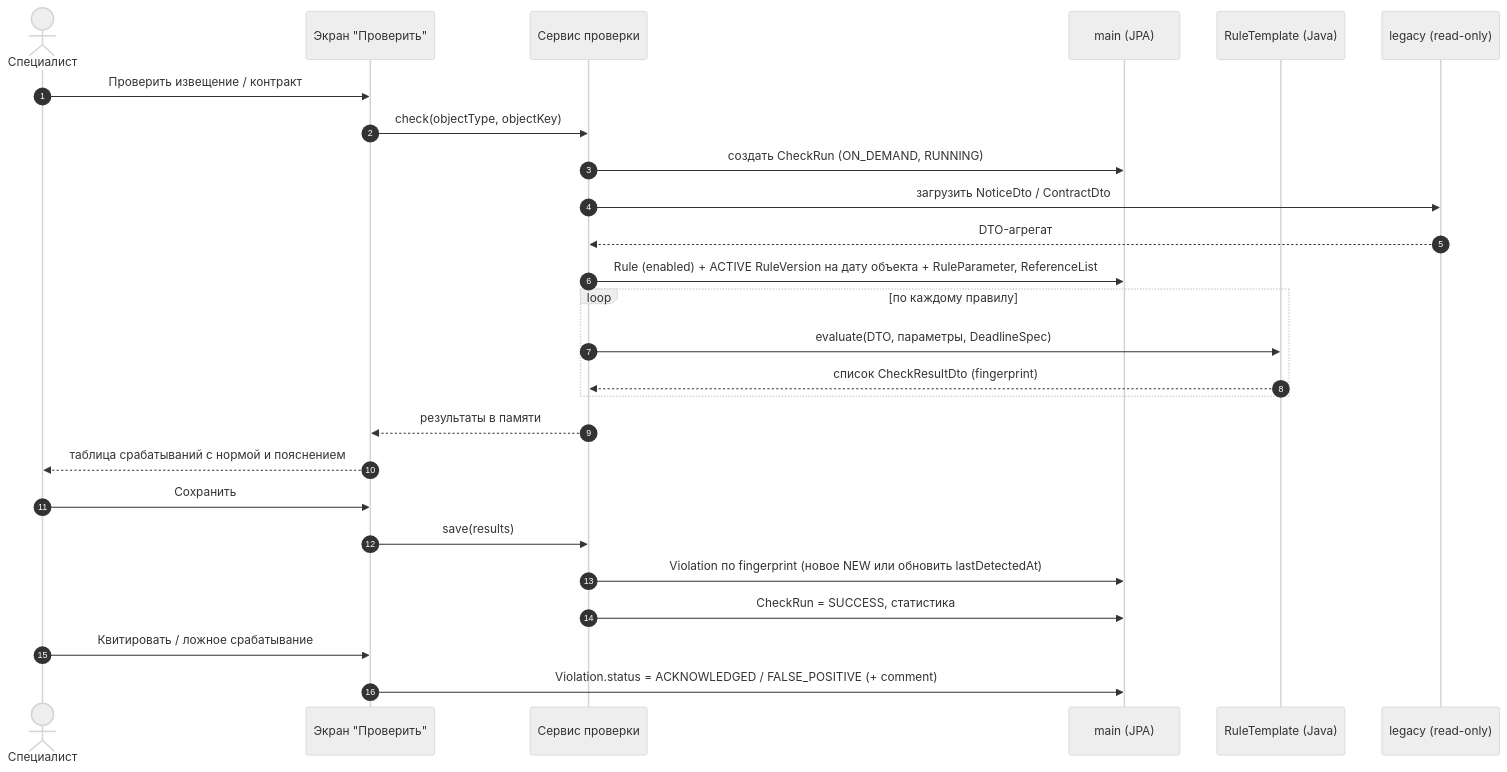
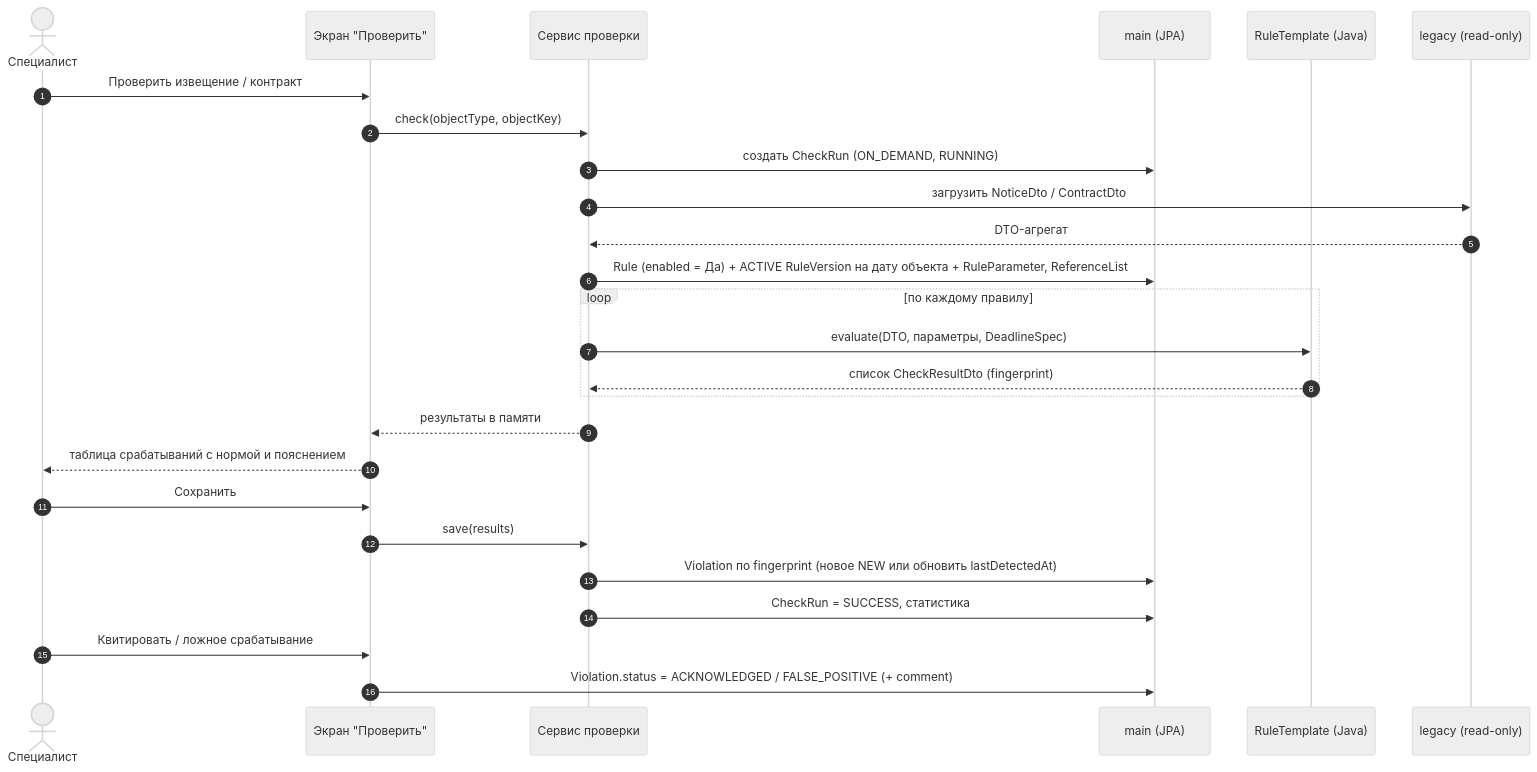
The fourth of 6 diagrams in docs/model/OVERVIEW.md (stasmakarov/multi-reestr-helper), drawn with Mermaid (neutral theme) before and after one commit. The commit also changed other lines of this file and 22 other files, not shown here.

First line of the commit message:
Replace the required rule enabled checkbox with a three-value enum.

````diff
--- a/docs/model/OVERVIEW.md
+++ b/docs/model/OVERVIEW.md
@@ -295,28 +295,28 @@
 ```mermaid
 sequenceDiagram
     autonumber
     actor U as Специалист
     participant UI as Экран "Проверить"
     participant CS as Сервис проверки
     participant M as main (JPA)
     participant T as RuleTemplate (Java)
     participant L as legacy (read-only)
     U->>UI: Проверить извещение / контракт
     UI->>CS: check(objectType, objectKey)
     CS->>M: создать CheckRun (ON_DEMAND, RUNNING)
     CS->>L: загрузить NoticeDto / ContractDto
     L-->>CS: DTO-агрегат
-    CS->>M: Rule (enabled) + ACTIVE RuleVersion на дату объекта + RuleParameter, ReferenceList
+    CS->>M: Rule (enabled = Да) + ACTIVE RuleVersion на дату объекта + RuleParameter, ReferenceList
     loop по каждому правилу
         CS->>T: evaluate(DTO, параметры, DeadlineSpec)
         T-->>CS: список CheckResultDto (fingerprint)
     end
     CS-->>UI: результаты в памяти
     UI-->>U: таблица срабатываний с нормой и пояснением
     U->>UI: Сохранить
     UI->>CS: save(results)
     CS->>M: Violation по fingerprint (новое NEW или обновить lastDetectedAt)
     CS->>M: CheckRun = SUCCESS, статистика
     U->>UI: Квитировать / ложное срабатывание
     UI->>M: Violation.status = ACKNOWLEDGED / FALSE_POSITIVE (+ comment)
 ```
````
